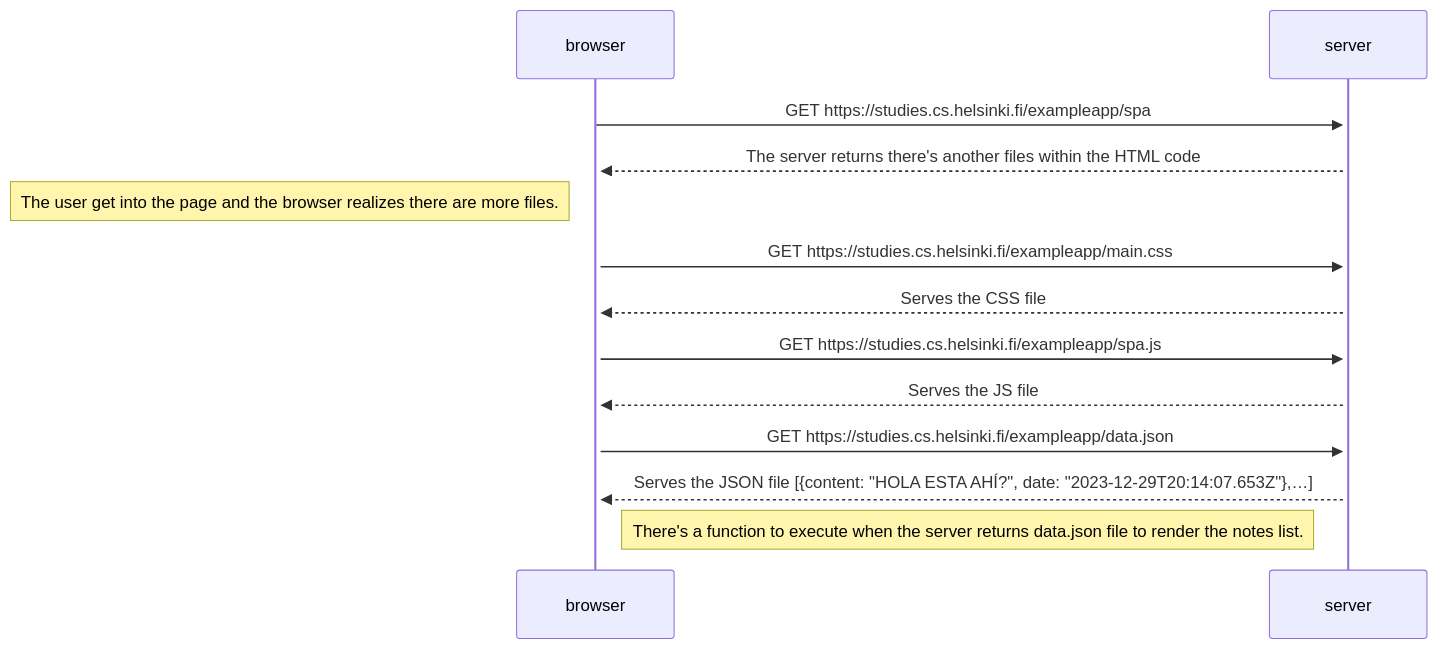
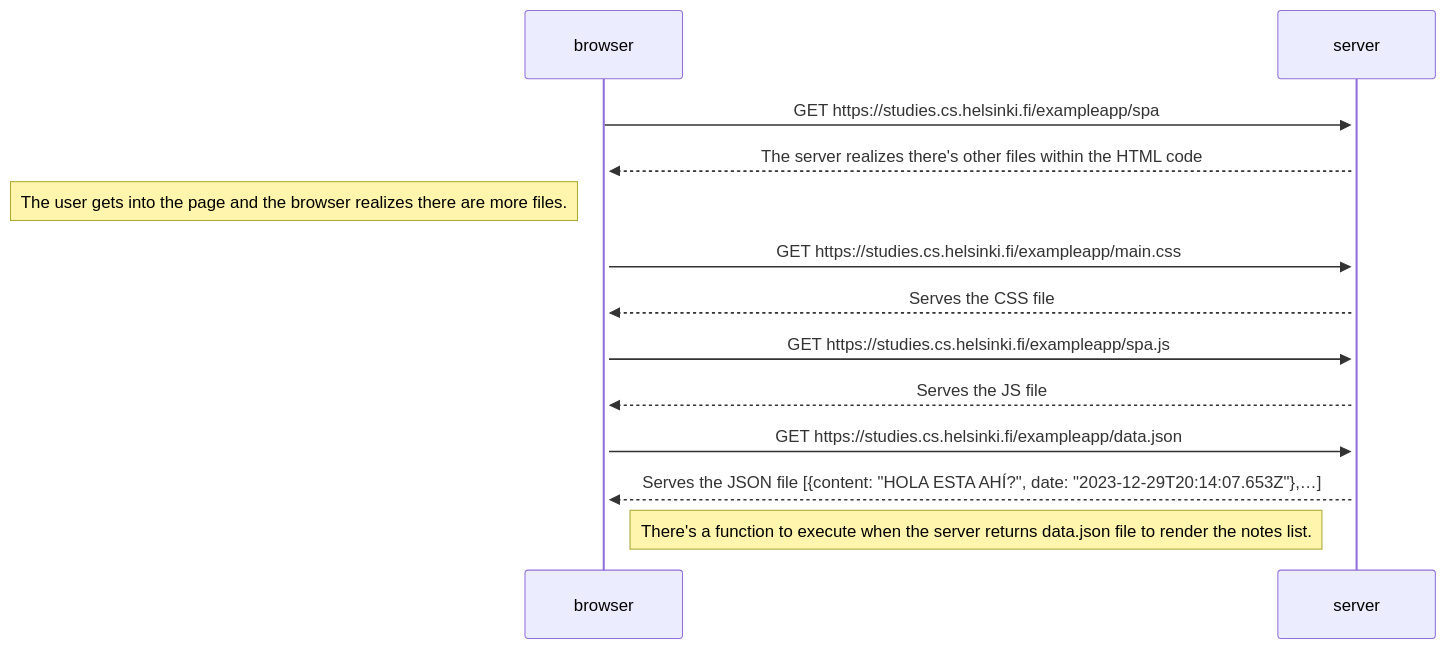
Before and after one commit to squeez4/HelsinkiOpenWebFundaments: the diagram in part0/spa_sequence.mmd, drawn with Mermaid.

Commit message:
fix: misspelling correction

```diff
--- a/part0/spa_sequence.mmd
+++ b/part0/spa_sequence.mmd
@@ -1,20 +1,20 @@
 sequenceDiagram
 
 participant browser
 participant server
 
 browser->>+server: GET https://studies.cs.helsinki.fi/exampleapp/spa
-server-->>+browser: The server returns there's another files within the HTML code
+server-->>+browser: The server realizes there's other files within the HTML code
 
-Note left of browser: The user get into the page and the browser realizes there are more files.
+Note left of browser: The user gets into the page and the browser realizes there are more files.
 
 browser->>server: GET https://studies.cs.helsinki.fi/exampleapp/main.css
 server-->>browser: Serves the CSS file
 
 browser->>server: GET https://studies.cs.helsinki.fi/exampleapp/spa.js
 server-->>browser: Serves the JS file
 
 browser->>server: GET https://studies.cs.helsinki.fi/exampleapp/data.json
 server-->>browser: Serves the JSON file [{content: "HOLA ESTA AHÍ?", date: "2023-12-29T20:14:07.653Z"},…]
 
 Note right of browser: There's a function to execute when the server returns data.json file to render the notes list.
```
